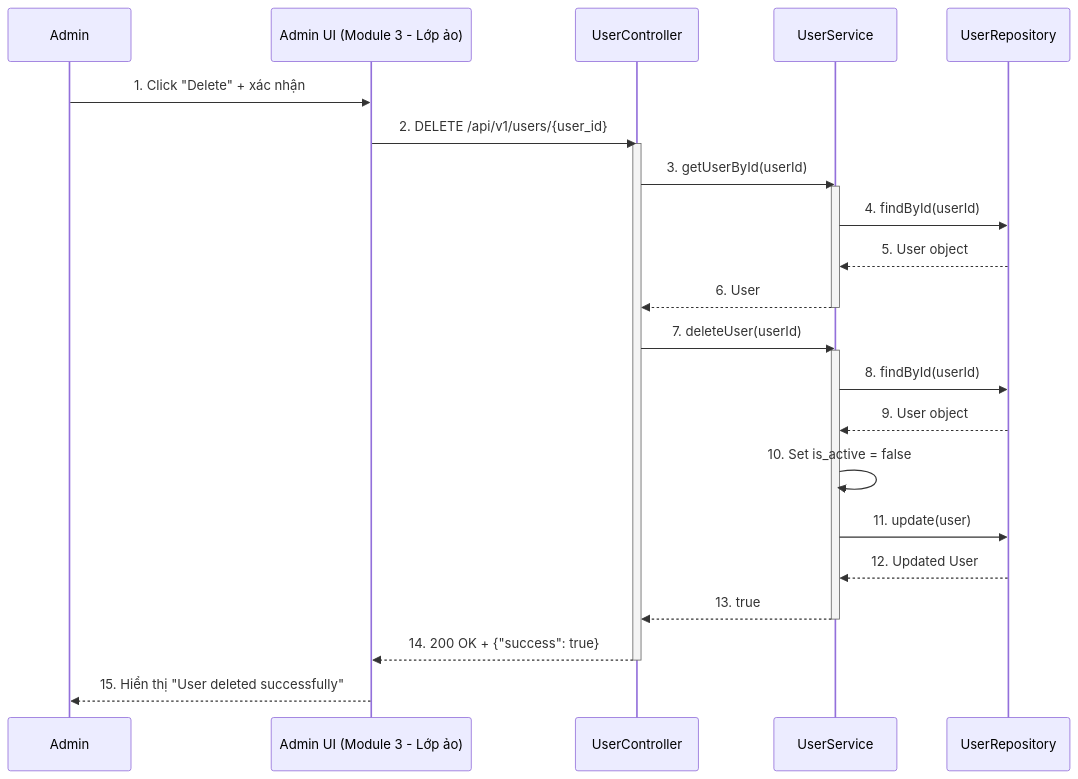
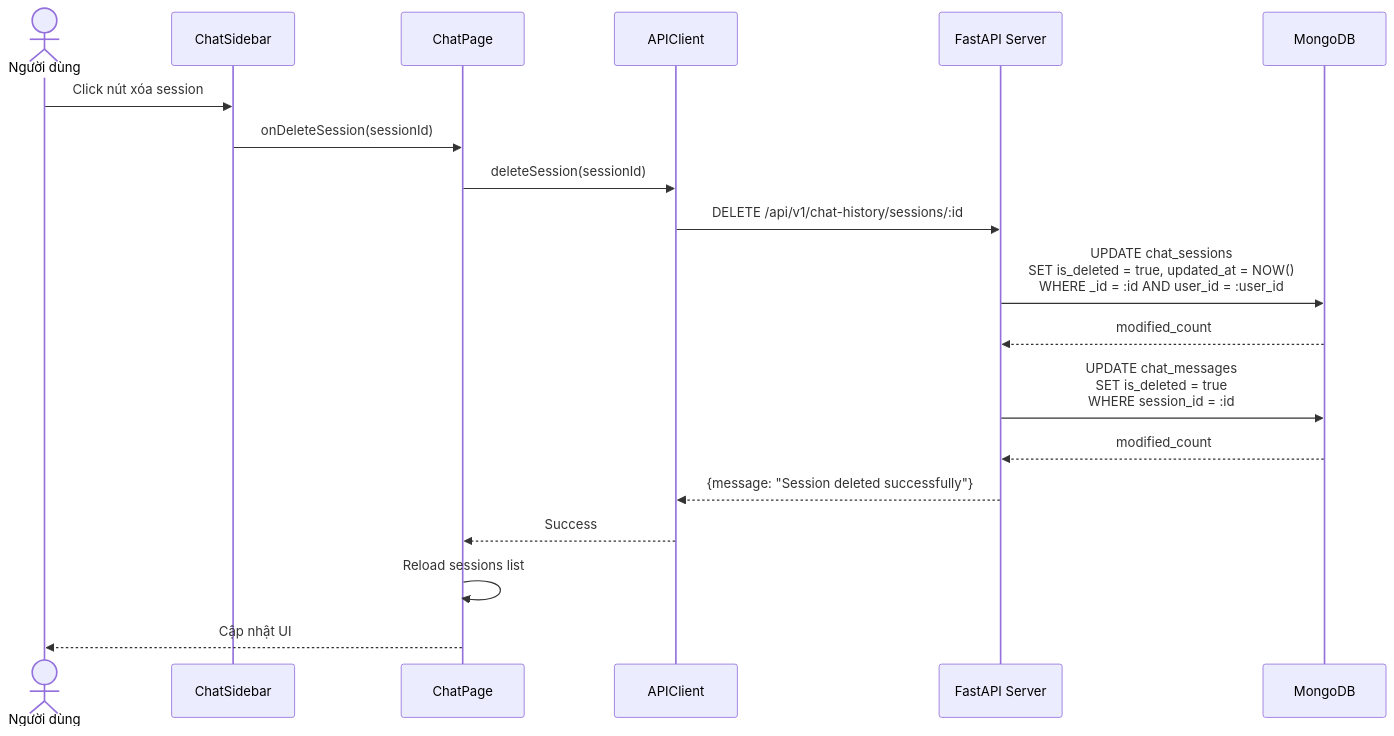
The ninth of 9 diagrams in README.md (tvanle/Module2-HTTM), drawn with Mermaid before and after one commit. The commit also changed other lines of this file, not shown here.

````diff
--- a/README.md
+++ b/README.md
@@ -663,37 +804,27 @@
 ```mermaid
 sequenceDiagram
-    participant Admin as Admin
-    participant AdminUI as Admin UI (Module 3 - Lớp ảo)
-    participant Ctrl as UserController
-    participant Svc as UserService
-    participant Repo as UserRepository
+    actor User as Người dùng
+    participant Sidebar as ChatSidebar
+    participant UI as ChatPage
+    participant API as APIClient
+    participant Backend as FastAPI Server
+    participant DB as MongoDB
 
-    Admin->>AdminUI: 1. Click "Delete" + xác nhận
-    AdminUI->>Ctrl: 2. DELETE /api/v1/users/{user_id}
-    activate Ctrl
+    User->>Sidebar: Click nút xóa session
+    Sidebar->>UI: onDeleteSession(sessionId)
 
-    Ctrl->>Svc: 3. getUserById(userId)
-    activate Svc
-    Svc->>Repo: 4. findById(userId)
-    Repo-->>Svc: 5. User object
-    Svc-->>Ctrl: 6. User
-    deactivate Svc
+    UI->>API: deleteSession(sessionId)
+    API->>Backend: DELETE /api/v1/chat-history/sessions/:id
 
-    Ctrl->>Svc: 7. deleteUser(userId)
-    activate Svc
+    Backend->>DB: UPDATE chat_sessions<br/>SET is_deleted = true, updated_at = NOW()<br/>WHERE _id = :id AND user_id = :user_id
+    DB-->>Backend: modified_count
 
-    Svc->>Repo: 8. findById(userId)
-    Repo-->>Svc: 9. User object
+    Backend->>DB: UPDATE chat_messages<br/>SET is_deleted = true<br/>WHERE session_id = :id
+    DB-->>Backend: modified_count
 
-    Svc->>Svc: 10. Set is_active = false
-    Svc->>Repo: 11. update(user)
-    Repo-->>Svc: 12. Updated User
+    Backend-->>API: {message: "Session deleted successfully"}
+    API-->>UI: Success
 
-    Svc-->>Ctrl: 13. true
-    deactivate Svc
-
-    Ctrl-->>AdminUI: 14. 200 OK + {"success": true}
-    deactivate Ctrl
-
-    AdminUI-->>Admin: 15. Hiển thị "User deleted successfully"
+    UI->>UI: Reload sessions list
+    UI-->>User: Cập nhật UI
 ```
````
